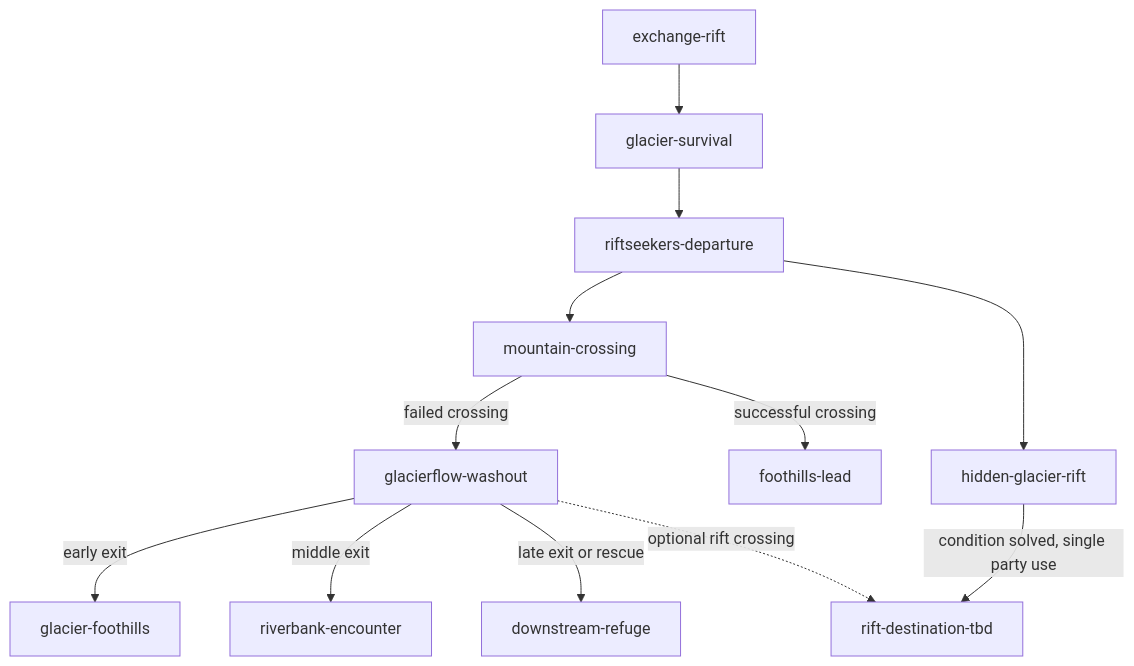
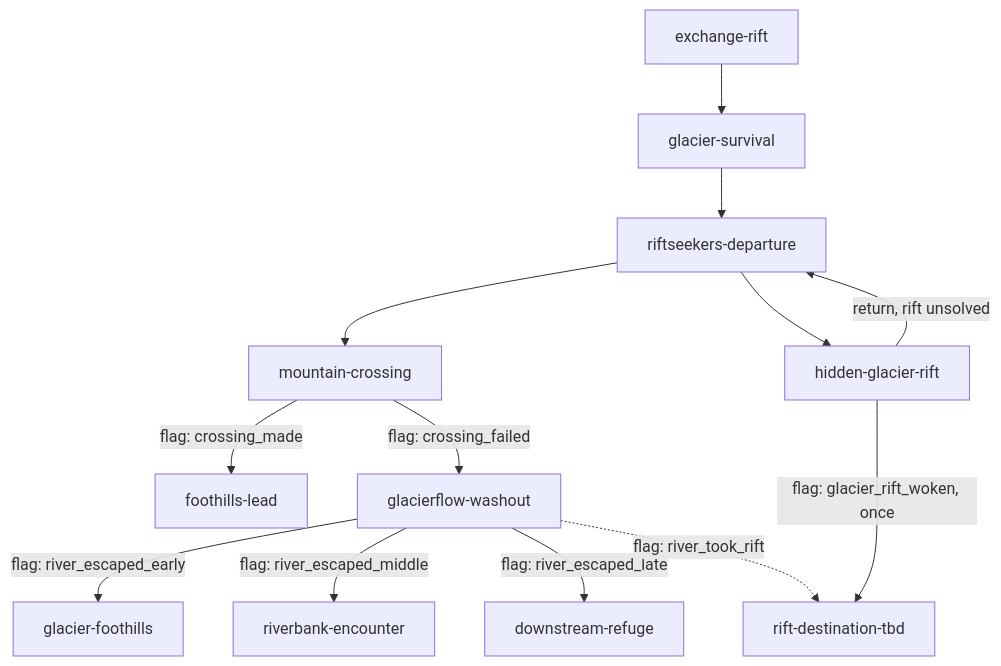
The diagram in docs/campaigns/continental-rift/graph.md (allenheltondev/kids-and-dragons), drawn with Mermaid before and after one commit. The commit also changed other lines of this file and 4 other files, not shown here.

````diff
--- a/docs/campaigns/continental-rift/graph.md
+++ b/docs/campaigns/continental-rift/graph.md
@@ -7,14 +7,15 @@
 ```mermaid
 flowchart TD
   E[exchange-rift] --> G[glacier-survival]
   G --> R[riftseekers-departure]
   R --> M[mountain-crossing]
   R --> H[hidden-glacier-rift]
-  M -->|successful crossing| P[foothills-lead]
-  M -->|failed crossing| W[glacierflow-washout]
-  W -->|early exit| F[glacier-foothills]
-  W -->|middle exit| B[riverbank-encounter]
-  W -->|late exit or rescue| D[downstream-refuge]
-  W -.->|optional rift crossing| U[rift-destination-tbd]
-  H -->|condition solved, single party use| U
+  H -->|return, rift unsolved| R
+  M -->|flag: crossing_made| P[foothills-lead]
+  M -->|flag: crossing_failed| W[glacierflow-washout]
+  W -->|flag: river_escaped_early| F[glacier-foothills]
+  W -->|flag: river_escaped_middle| B[riverbank-encounter]
+  W -->|flag: river_escaped_late| D[downstream-refuge]
+  W -.->|flag: river_took_rift| U[rift-destination-tbd]
+  H -->|flag: glacier_rift_woken, once| U
 ```
````
